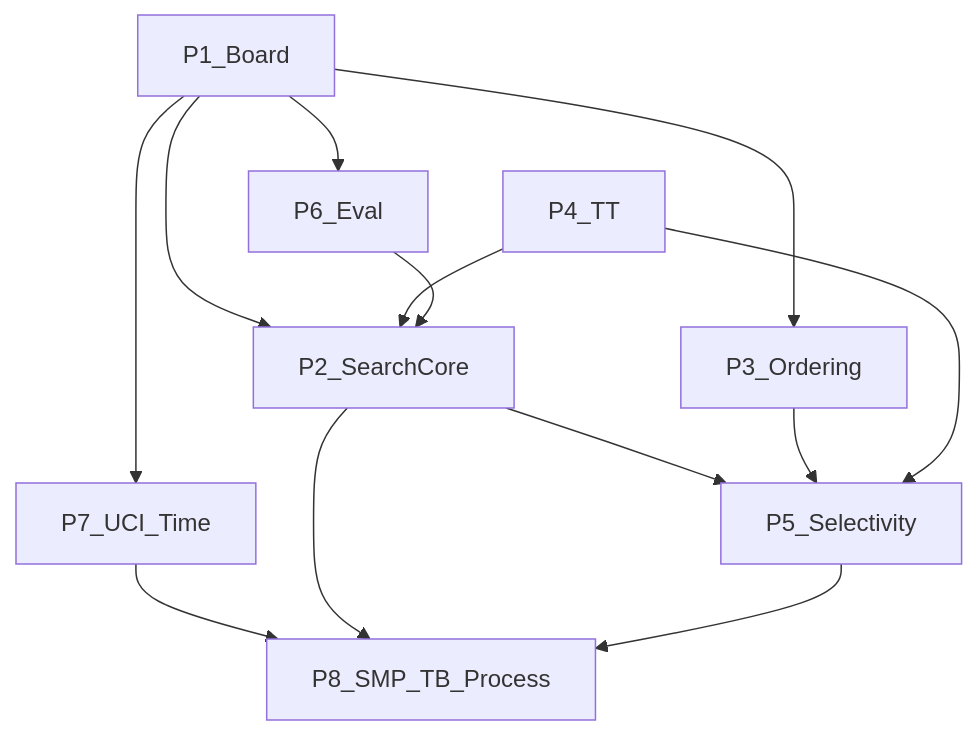
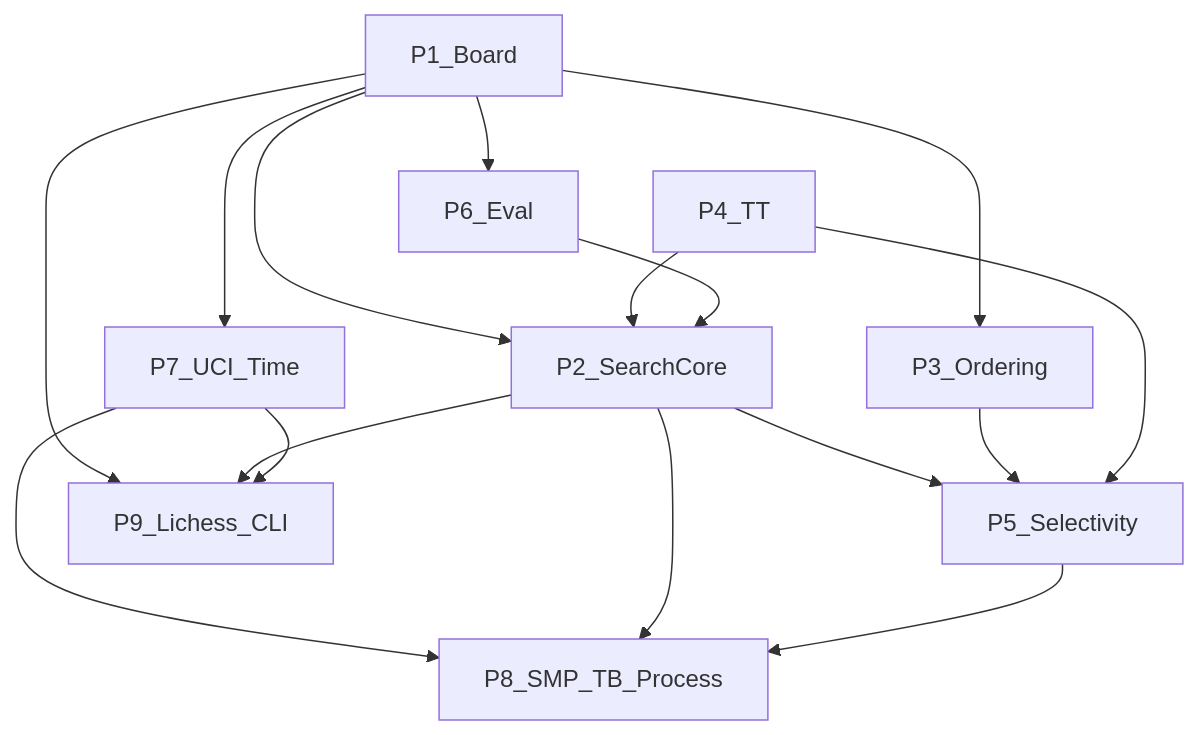
The diagram in research/tasks.md (drjonah/openchess), drawn with Mermaid before and after one commit. The commit also changed other lines of this file and 3 other files, not shown here.

Commit message:
updates to the lichess research and updates architecture and tasks

````diff
--- a/research/tasks.md
+++ b/research/tasks.md
@@ -45,24 +45,28 @@
 ```mermaid
 flowchart TB
   P1[P1_Board]
   P2[P2_SearchCore]
   P3[P3_Ordering]
   P4[P4_TT]
   P5[P5_Selectivity]
   P6[P6_Eval]
   P7[P7_UCI_Time]
   P8[P8_SMP_TB_Process]
+  P9[P9_Lichess_CLI]
 
   P1 --> P2
   P1 --> P3
   P1 --> P6
   P1 --> P7
   P2 --> P5
   P3 --> P5
   P4 --> P2
   P4 --> P5
   P6 --> P2
   P7 --> P8
   P2 --> P8
   P5 --> P8
+  P1 --> P9
+  P2 --> P9
+  P7 --> P9
 ```
````
